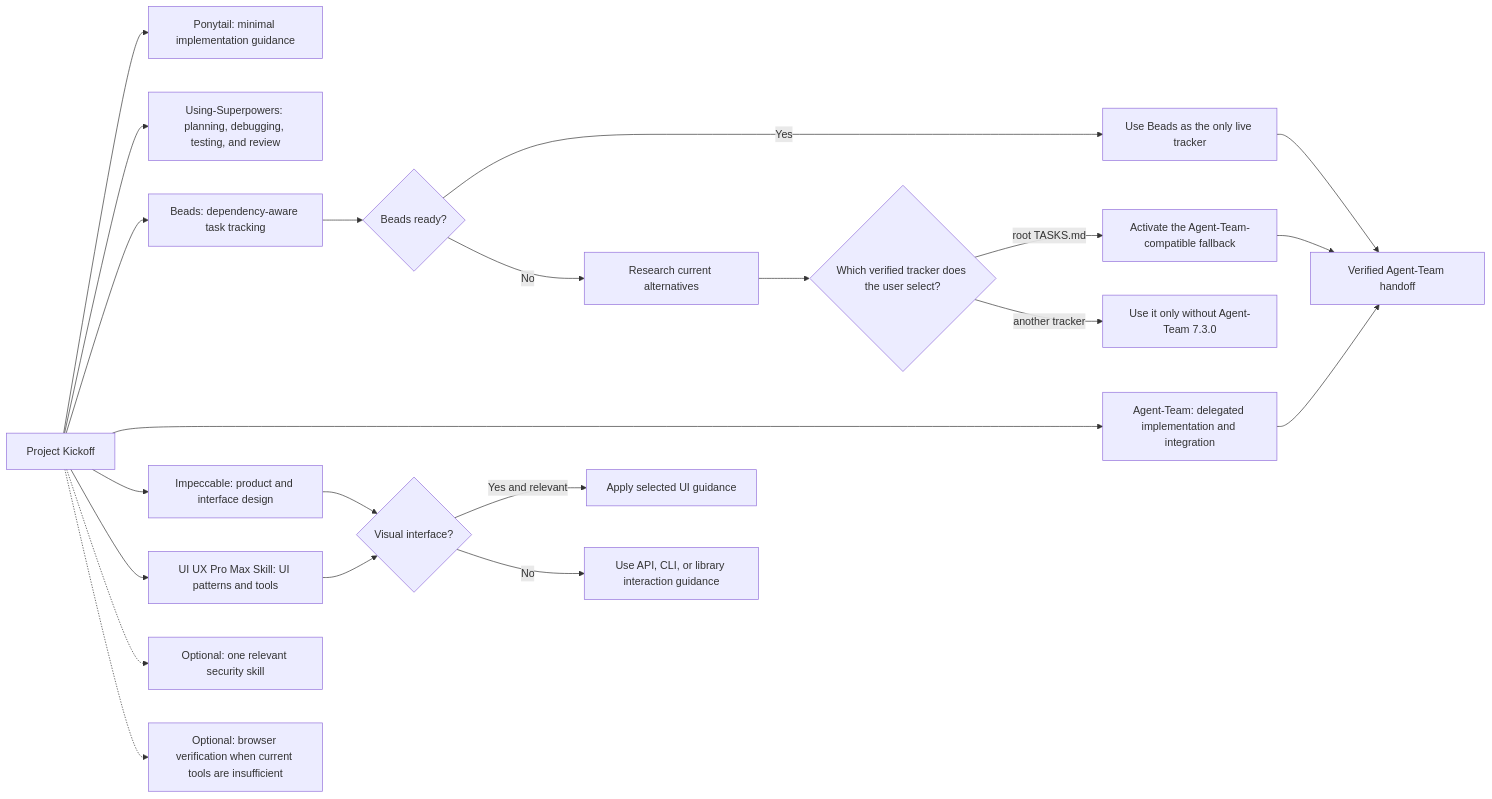
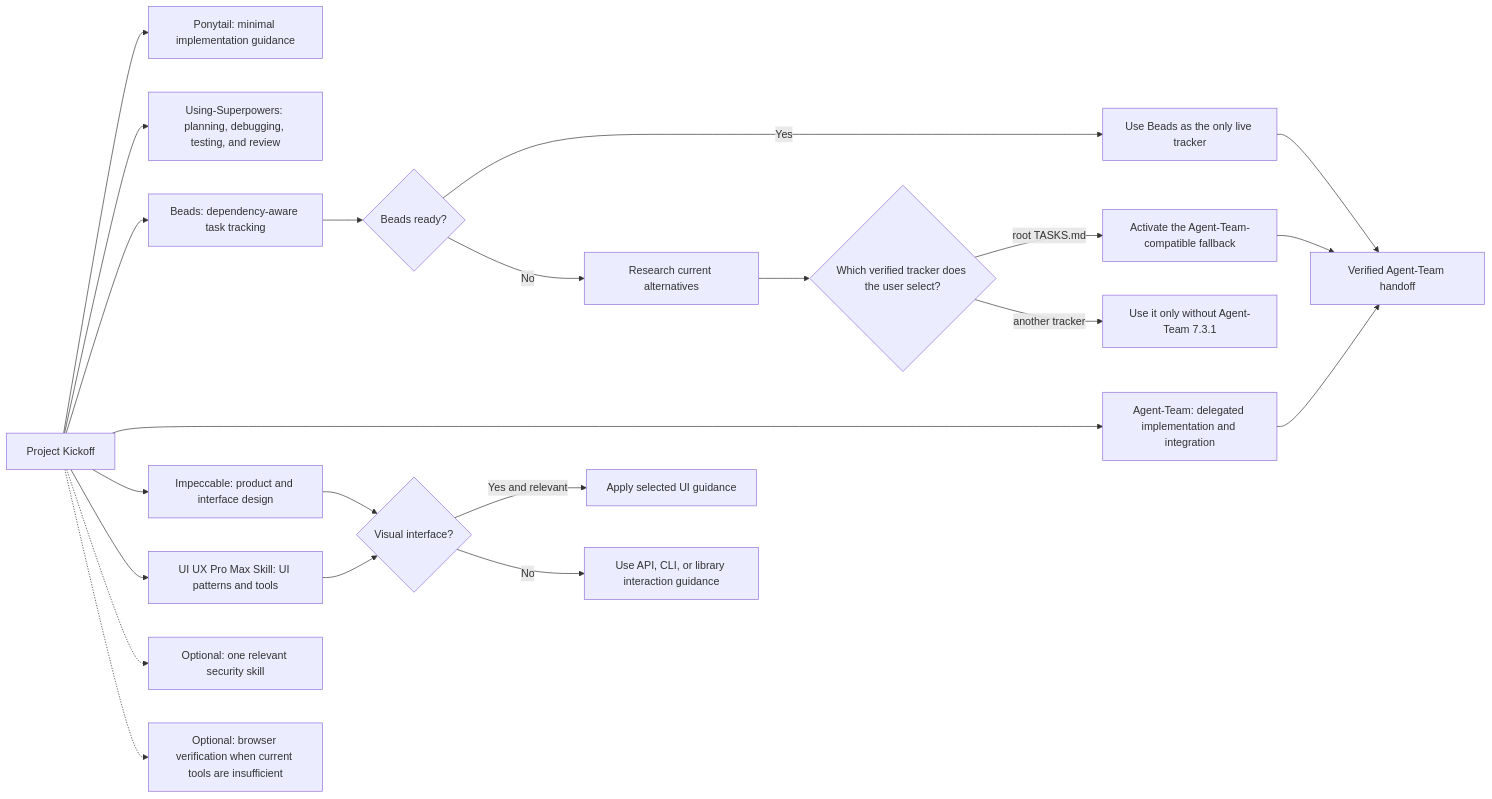
The second of 2 diagrams in README.md (thebpandey/project-kickoff), drawn with Mermaid before and after one commit. The commit also changed other lines of this file and 9 other files, not shown here.

Commit message:
fix(handoff): target Agent-Team 7.3.1

````diff
--- a/README.md
+++ b/README.md
@@ -156,27 +156,27 @@
 ```mermaid
 flowchart LR
     PK["Project Kickoff"] --> P["Ponytail: minimal implementation guidance"]
     PK --> S["Using-Superpowers: planning, debugging, testing, and review"]
     PK --> B["Beads: dependency-aware task tracking"]
     PK --> A["Agent-Team: delegated implementation and integration"]
     PK --> I["Impeccable: product and interface design"]
     PK --> UI["UI UX Pro Max Skill: UI patterns and tools"]
 
     B --> BR{"Beads ready?"}
     BR -->|Yes| BT["Use Beads as the only live tracker"]
     BR -->|No| RESEARCH["Research current alternatives"]
     RESEARCH --> USER{"Which verified tracker does the user select?"}
     USER -->|root TASKS.md| FT["Activate the Agent-Team-compatible fallback"]
-    USER -->|another tracker| NAT["Use it only without Agent-Team 7.3.0"]
+    USER -->|another tracker| NAT["Use it only without Agent-Team 7.3.1"]
 
     I --> VIS{"Visual interface?"}
     UI --> VIS
     VIS -->|Yes and relevant| DESIGN["Apply selected UI guidance"]
     VIS -->|No| NONVIS["Use API, CLI, or library interaction guidance"]
 
     PK -.-> SEC["Optional: one relevant security skill"]
     PK -.-> BROWSER["Optional: browser verification when current tools are insufficient"]
     BT --> HANDOFF["Verified Agent-Team handoff"]
     FT --> HANDOFF
     A --> HANDOFF
 ```
````
